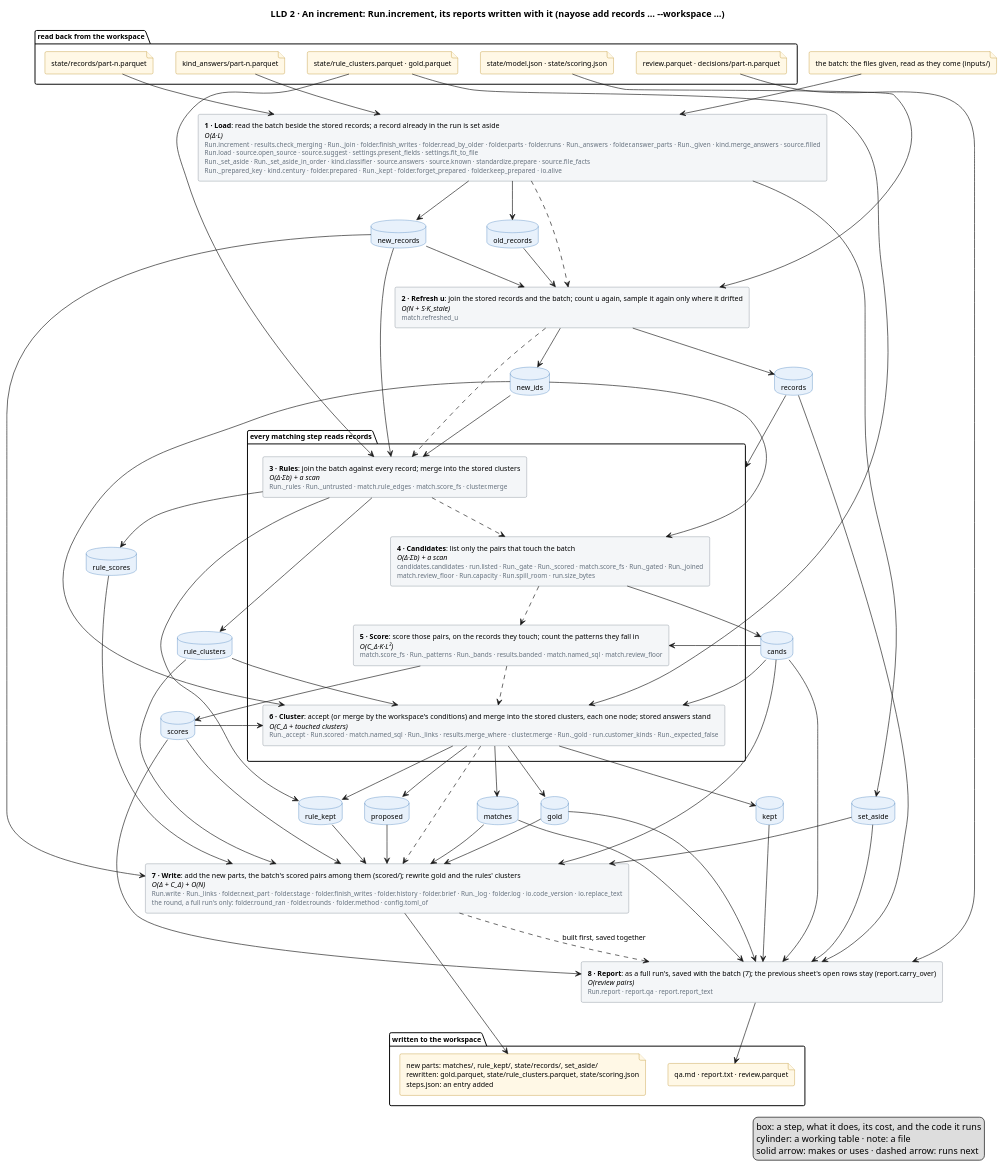
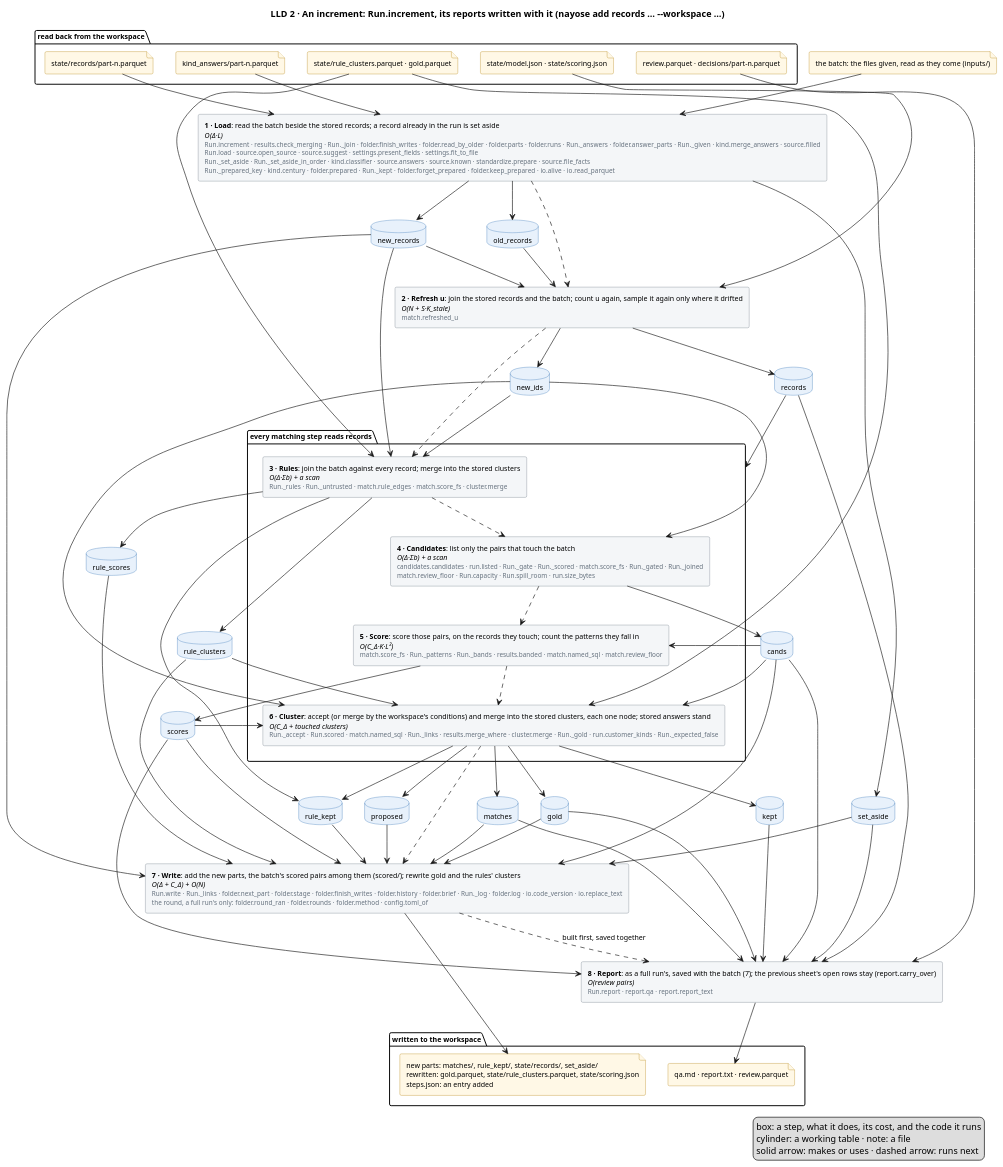
One commit to mvsbm/entity_matching changed the diagram in docs/diagrams/increment.puml. Above: the diagram before and after it, drawn with PlantUML. The commit also changed 14 other files, not shown here.

Commit message:
Every Parquet read opened by Arrow: a command that finished its work always exits, where pandas' own file handle left about one in a hundred waiting forever at exit on Python 3.14

```diff
--- a/docs/diagrams/increment.puml
+++ b/docs/diagrams/increment.puml
@@ -1,124 +1,124 @@
 @startuml increment
 title LLD 2 · An increment: Run.increment, its reports written with it (nayose add records … ~--workspace …)
 skinparam defaultFontSize 11
 skinparam rectangle {
   BackgroundColor #F4F6F8
   BorderColor #65717E
 }
 skinparam database {
   BackgroundColor #E8F1FB
   BorderColor #2C6DB3
 }
 skinparam file {
   BackgroundColor #FFF8E6
   BorderColor #B07D00
 }
 
 package "read back from the workspace" {
   file "state/model.json · state/scoring.json" as f_model
   file "state/records/part-n.parquet" as f_records
   file "state/rule_clusters.parquet · gold.parquet" as f_clusters
   file "kind_answers/part-n.parquet" as f_answers
   file "review.parquet · decisions/part-n.parquet" as f_sheet
 }
 file "the batch: the files given, read as they come (inputs/)" as f_batch
 
 
-rectangle "<b>1 · Load</b>: read the batch beside the stored records; a record already in the run is set aside\n<i>O(Δ·L)</i>\n<size:10><color:#65717E>Run.increment · results.check_merging · Run._join · folder.finish_writes · folder.read_by_older · folder.parts · folder.runs · Run._answers · folder.answer_parts · Run._given · kind.merge_answers · source.filled</color></size>\n<size:10><color:#65717E>Run.load · source.open_source · source.suggest · settings.present_fields · settings.fit_to_file</color></size>\n<size:10><color:#65717E>Run._set_aside · Run._set_aside_in_order · kind.classifier · source.answers · source.known · standardize.prepare · source.file_facts</color></size>\n<size:10><color:#65717E>Run._prepared_key · kind.century · folder.prepared · Run._kept · folder.forget_prepared · folder.keep_prepared · io.alive</color></size>" as load
+rectangle "<b>1 · Load</b>: read the batch beside the stored records; a record already in the run is set aside\n<i>O(Δ·L)</i>\n<size:10><color:#65717E>Run.increment · results.check_merging · Run._join · folder.finish_writes · folder.read_by_older · folder.parts · folder.runs · Run._answers · folder.answer_parts · Run._given · kind.merge_answers · source.filled</color></size>\n<size:10><color:#65717E>Run.load · source.open_source · source.suggest · settings.present_fields · settings.fit_to_file</color></size>\n<size:10><color:#65717E>Run._set_aside · Run._set_aside_in_order · kind.classifier · source.answers · source.known · standardize.prepare · source.file_facts</color></size>\n<size:10><color:#65717E>Run._prepared_key · kind.century · folder.prepared · Run._kept · folder.forget_prepared · folder.keep_prepared · io.alive · io.read_parquet</color></size>" as load
 rectangle "<b>2 · Refresh u</b>: join the stored records and the batch; count u again, sample it again only where it drifted\n<i>O(N + S·K_stale)</i>\n<size:10><color:#65717E>match.refreshed_u</color></size>" as fit
 package "every matching step reads records" as matching {
   rectangle "<b>3 · Rules</b>: join the batch against every record; merge into the stored clusters\n<i>O(Δ·Σb) + a scan</i>\n<size:10><color:#65717E>Run._rules · Run._untrusted · match.rule_edges · match.score_fs · cluster.merge</color></size>" as rules
   rectangle "<b>4 · Candidates</b>: list only the pairs that touch the batch\n<i>O(Δ·Σb) + a scan</i>\n<size:10><color:#65717E>candidates.candidates · run.listed · Run._gate · Run._scored · match.score_fs · Run._gated · Run._joined</color></size>\n<size:10><color:#65717E>match.review_floor · Run.capacity · Run.spill_room · run.size_bytes</color></size>" as candidates
   rectangle "<b>5 · Score</b>: score those pairs, on the records they touch; count the patterns they fall in\n<i>O(C_Δ·K·L²)</i>\n<size:10><color:#65717E>match.score_fs · Run._patterns · Run._bands · results.banded · match.named_sql · match.review_floor</color></size>" as score
   rectangle "<b>6 · Cluster</b>: accept (or merge by the workspace's conditions) and merge into the stored clusters, each one node; stored answers stand\n<i>O(C_Δ + touched clusters)</i>\n<size:10><color:#65717E>Run._accept · Run.scored · match.named_sql · Run._links · results.merge_where · cluster.merge · Run._gold · run.customer_kinds · Run._expected_false</color></size>" as cluster
 }
 rectangle "<b>7 · Write</b>: add the new parts, the batch's scored pairs among them (scored/); rewrite gold and the rules' clusters\n<i>O(Δ + C_Δ) + O(N)</i>\n<size:10><color:#65717E>Run.write · Run._links · folder.next_part · folder.stage · folder.finish_writes · folder.history · folder.brief · Run._log · folder.log · io.code_version · io.replace_text</color></size>\n<size:10><color:#65717E>the round, a full run's only: folder.round_ran · folder.rounds · folder.method · config.toml_of</color></size>" as write
 rectangle "<b>8 · Report</b>: as a full run's, saved with the batch (7); the previous sheet's open rows stay (report.carry_over)\n<i>O(review pairs)</i>\n<size:10><color:#65717E>Run.report · report.qa · report.report_text</color></size>" as report
 database "old_records" as old_records
 database "new_records" as new_records
 database "set_aside" as set_aside
 database "records" as records
 database "new_ids" as new_ids
 database "rule_clusters" as rule_clusters
 database "rule_kept" as rule_kept
 database "cands" as cands
 database "scores" as scores
 database "rule_scores" as rule_scores
 database "matches" as matches
 database "proposed" as proposed
 database "kept" as kept
 database "gold" as gold
 
 package "written to the workspace" {
   file "new parts: matches/, rule_kept/, state/records/, set_aside/\nrewritten: gold.parquet, state/rule_clusters.parquet, state/scoring.json\nsteps.json: an entry added" as f_out
   file "qa.md · report.txt · review.parquet" as f_people
 }
 
 f_batch --> load
 f_records --> load
 f_answers --> load
 f_model --> fit
 f_clusters --> rules
 f_clusters --> cluster
 f_sheet --> report
 
 load ..> fit
 fit ..> rules
 rules ..> candidates
 candidates ..> score
 score ..> cluster
 cluster ..> write
 write ..> report : built first, saved together
 
 load --> old_records
 load --> new_records
 load --> set_aside
 old_records --> fit
 new_records --> fit
 fit --> records
 fit --> new_ids
 records --> matching
 new_records --> rules
 new_ids --> rules
 rules --> rule_clusters
 rules --> rule_kept
 rules --> rule_scores
 rule_scores --> write
 cands --> write
 scores --> write
 new_ids --> candidates
 candidates --> cands
 cands --> score
 score --> scores
 new_ids --> cluster
 rule_clusters --> cluster
 cands --> cluster
 scores --> cluster
 cluster --> matches
 cluster --> proposed
 cluster --> kept
 cluster --> rule_kept
 kept --> report
 proposed --> write
 cluster --> gold
 new_records --> write
 rule_clusters --> write
 rule_kept --> write
 matches --> write
 gold --> write
 set_aside --> write
 records --> report
 cands --> report
 scores --> report
 matches --> report
 gold --> report
 set_aside --> report
 
 write --> f_out
 report --> f_people
 legend right
   box: a step, what it does, its cost, and the code it runs
   cylinder: a working table · note: a file
   solid arrow: makes or uses · dashed arrow: runs next
 endlegend
 @enduml
```
